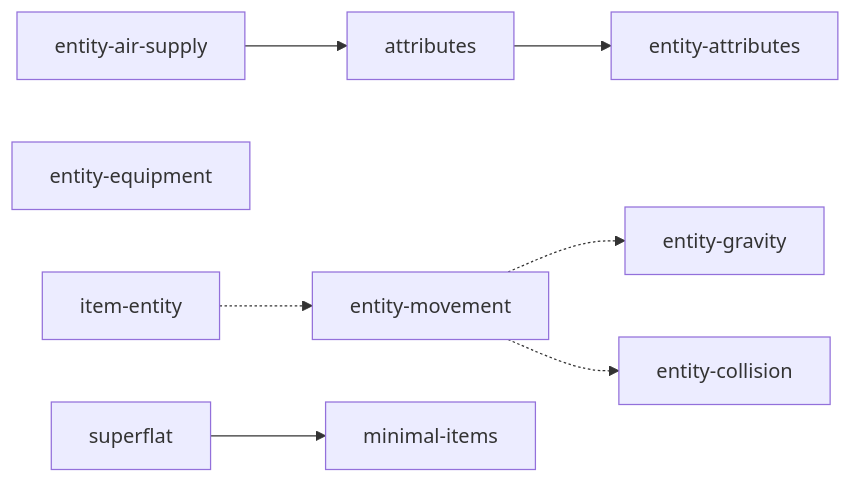
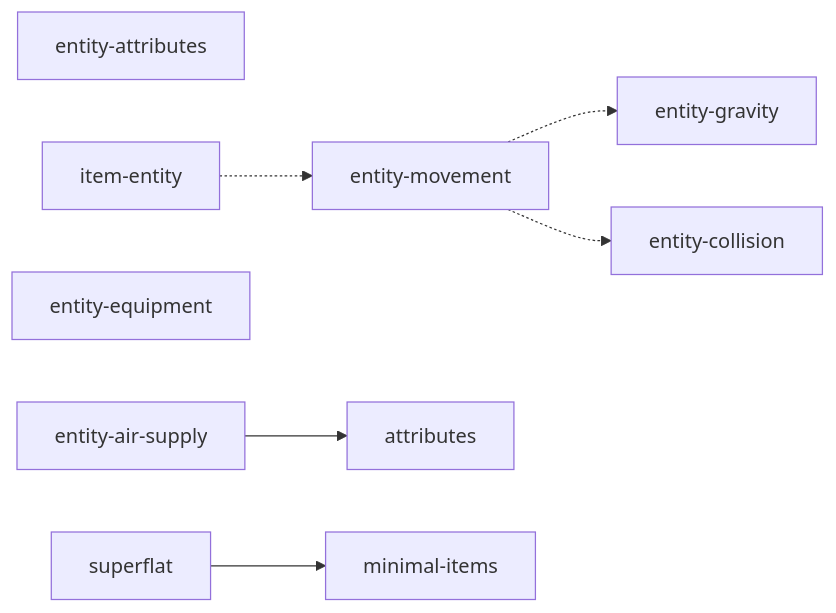
The second of 2 diagrams in docs/en_us/plugins/22-vanilla-extraction-overview.md (yPerfectBR/OrionServerBE), drawn with Mermaid before and after one commit. The commit also changed other lines of this file and 9 other files, not shown here.

````diff
--- a/docs/en_us/plugins/22-vanilla-extraction-overview.md
+++ b/docs/en_us/plugins/22-vanilla-extraction-overview.md
@@ -102,20 +102,19 @@
 ```mermaid
 flowchart LR
   grav[entity-gravity]
   col[entity-collision]
   mov[entity-movement]
   eattr[entity-attributes]
   attr[attributes]
   air[entity-air-supply]
   equip[entity-equipment]
   itemEnt[item-entity]
   minB[minimal-items]
   flat[superflat]
 
   mov -.-> grav
   mov -.-> col
-  attr --> eattr
   air --> attr
   flat --> minB
   itemEnt -.-> mov
 ```
````
